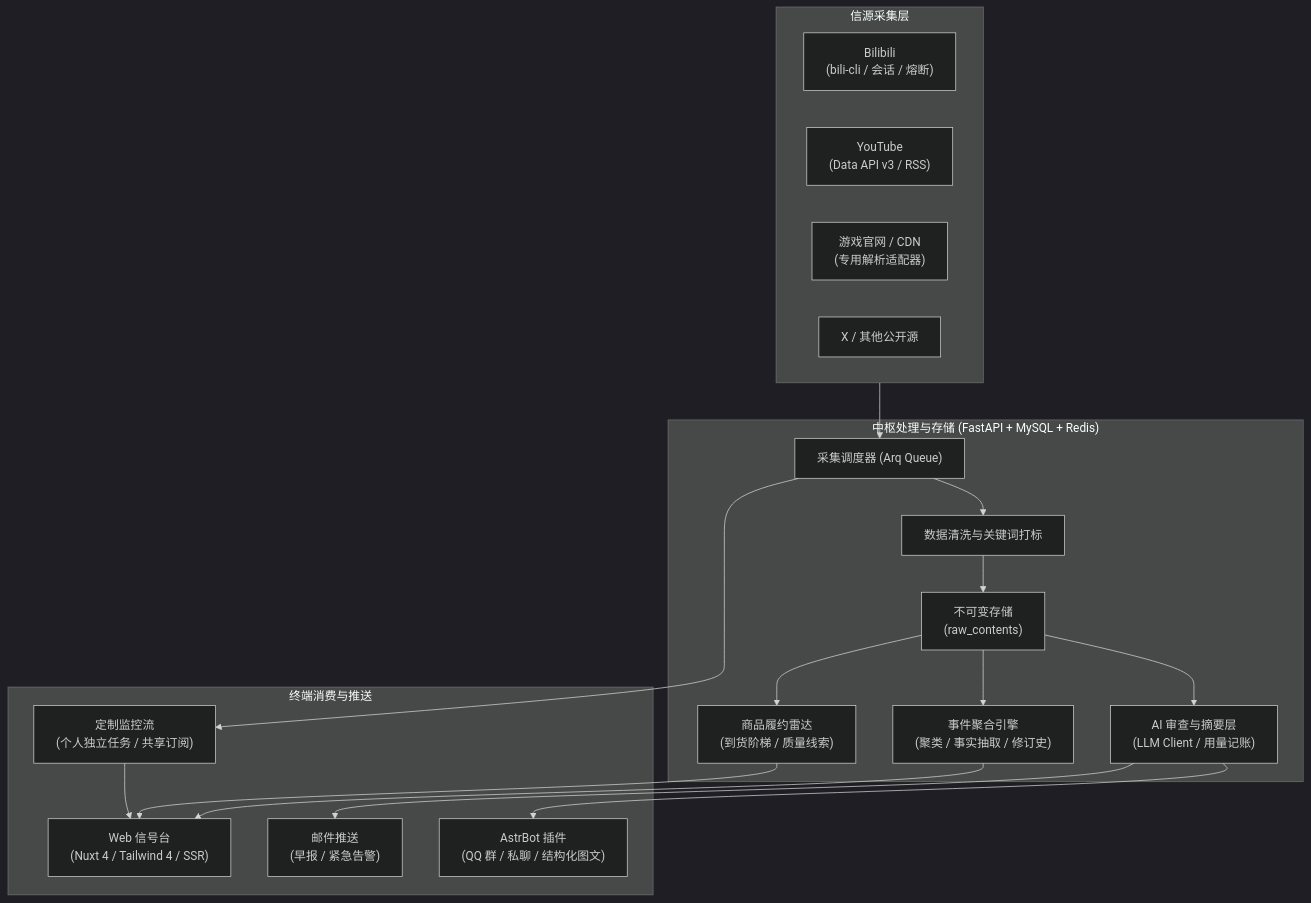
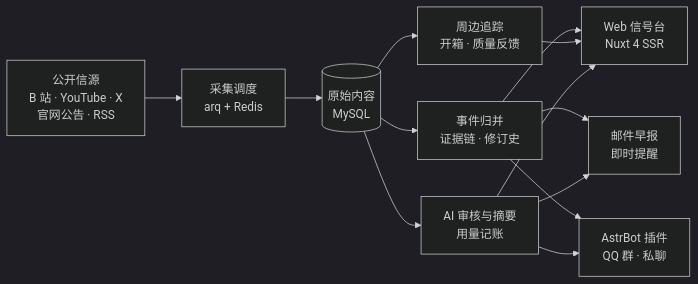
The diagram in README.md (tianyin231/AniSignal), drawn with Mermaid (dark theme) before and after one commit. The commit also changed other lines of this file and 8 other files, not shown here.

First line of the commit message:
docs(readme): 用真实界面截图重做 GitHub 首页

````diff
--- a/README.md
+++ b/README.md
@@ -56,36 +86,15 @@
 ```mermaid
-flowchart TD
-    subgraph Sourcing ["信源采集层"]
-        A1["Bilibili<br/>(bili-cli / 会话 / 熔断)"]
-        A2["YouTube<br/>(Data API v3 / RSS)"]
-        A3["游戏官网 / CDN<br/>(专用解析适配器)"]
-        A4["X / 其他公开源"]
-    end
-
-    subgraph Core ["中枢处理与存储 (FastAPI + MySQL + Redis)"]
-        B1["采集调度器 (Arq Queue)"]
-        B2["数据清洗与关键词打标"]
-        B3["不可变存储<br/>(raw_contents)"]
-        B4["事件聚合引擎<br/>(聚类 / 事实抽取 / 修订史)"]
-        B5["商品履约雷达<br/>(到货阶梯 / 质量线索)"]
-        B6["AI 审查与摘要层<br/>(LLM Client / 用量记账)"]
-    end
-
-    subgraph Delivery ["终端消费与推送"]
-        C1["Web 信号台<br/>(Nuxt 4 / Tailwind 4 / SSR)"]
-        C2["邮件推送<br/>(早报 / 紧急告警)"]
-        C3["AstrBot 插件<br/>(QQ 群 / 私聊 / 结构化图文)"]
-        C4["定制监控流<br/>(个人独立任务 / 共享订阅)"]
-    end
-
-    Sourcing --> B1
-    B1 --> B2 --> B3
-    B3 --> B4
-    B3 --> B5
-    B3 --> B6
-    B4 --> C1
-    B5 --> C1
-    B6 --> C2
-    B6 --> C3
-    B1 --> C4 --> C1
+flowchart LR
+    S["公开信源<br/>B 站 · YouTube · X<br/>官网公告 · RSS"] --> Q["采集调度<br/>arq + Redis"]
+    Q --> R[("原始内容<br/>MySQL")]
+    R --> E["事件归并<br/>证据链 · 修订史"]
+    R --> P["周边追踪<br/>开箱 · 质量反馈"]
+    R --> A["AI 审核与摘要<br/>用量记账"]
+    E --> W["Web 信号台<br/>Nuxt 4 SSR"]
+    P --> W
+    A --> W
+    E --> M["邮件早报<br/>即时提醒"]
+    A --> M
+    E --> B["AstrBot 插件<br/>QQ 群 · 私聊"]
+    A --> B
 ```
````
